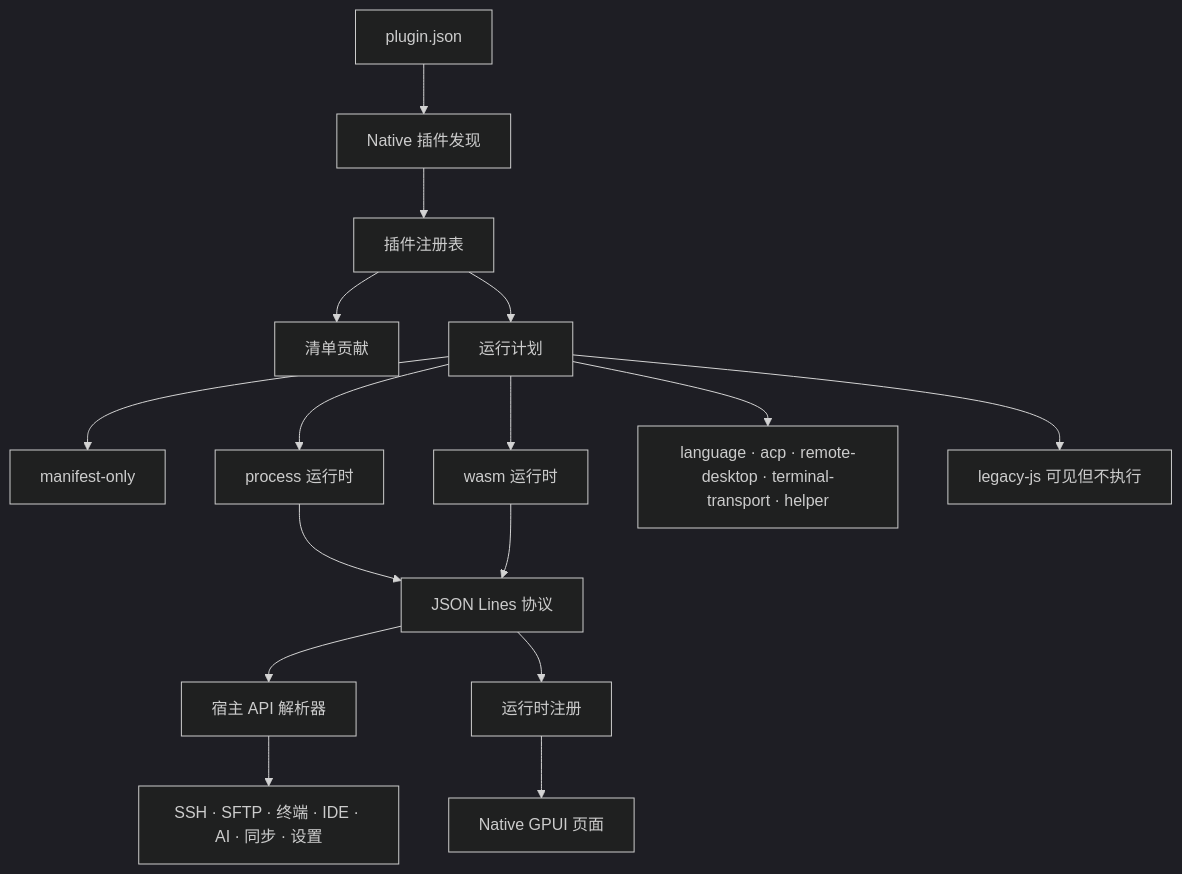
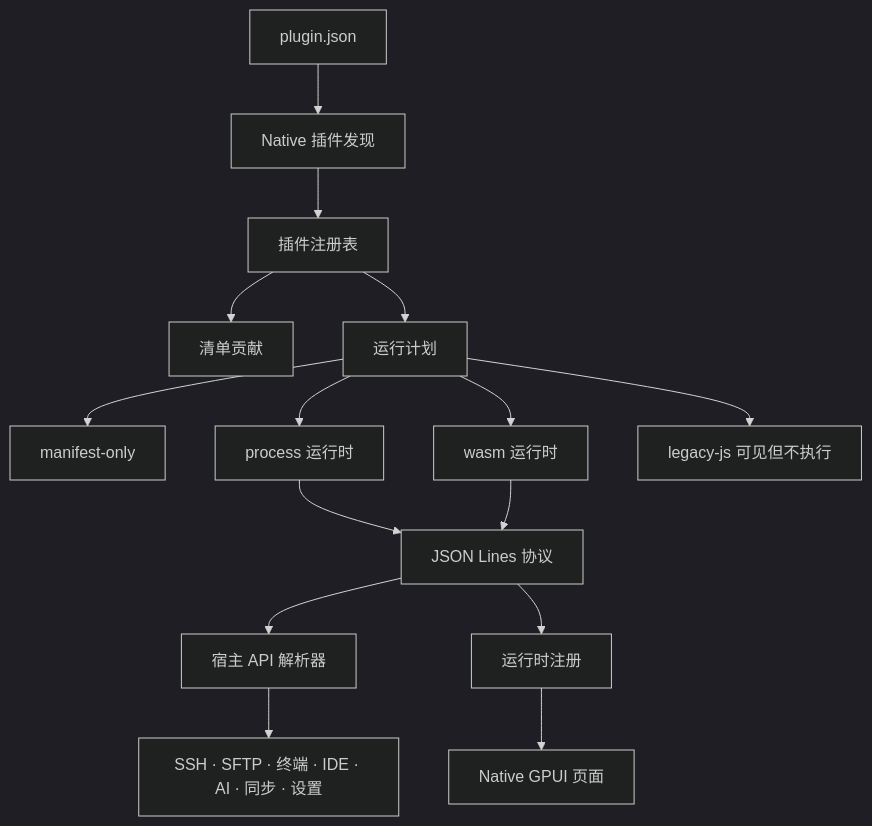
One commit to AnalyseDeCircuit/oxideterm-web changed the second of 2 diagrams in src/content/docs/zh-hans/docs/plugin-development.md. Above: the diagram before and after it, drawn with Mermaid (dark theme). The commit also changed other lines of this file and 47 other files, not shown here.

````diff
--- a/src/content/docs/zh-hans/docs/plugin-development.md
+++ b/src/content/docs/zh-hans/docs/plugin-development.md
@@ -579,20 +608,19 @@
 ```mermaid
 flowchart TB
     Manifest["plugin.json"] --> Discovery["Native 插件发现"]
     Discovery --> Registry["插件注册表"]
     Registry --> Contributions["清单贡献"]
     Registry --> RuntimePlan["运行计划"]
 
     RuntimePlan --> ManifestOnly["manifest-only"]
     RuntimePlan --> Process["process 运行时"]
     RuntimePlan --> Wasm["wasm 运行时"]
-    RuntimePlan --> Specialized["language · acp · remote-desktop · terminal-transport · helper"]
     RuntimePlan --> Legacy["legacy-js 可见但不执行"]
 
     Process --> Protocol["JSON Lines 协议"]
     Wasm --> Protocol
     Protocol --> HostApi["宿主 API 解析器"]
     Protocol --> RuntimeRegs["运行时注册"]
     RuntimeRegs --> UI["Native GPUI 页面"]
     HostApi --> Domains["SSH · SFTP · 终端 · IDE · AI · 同步 · 设置"]
 ```
````
